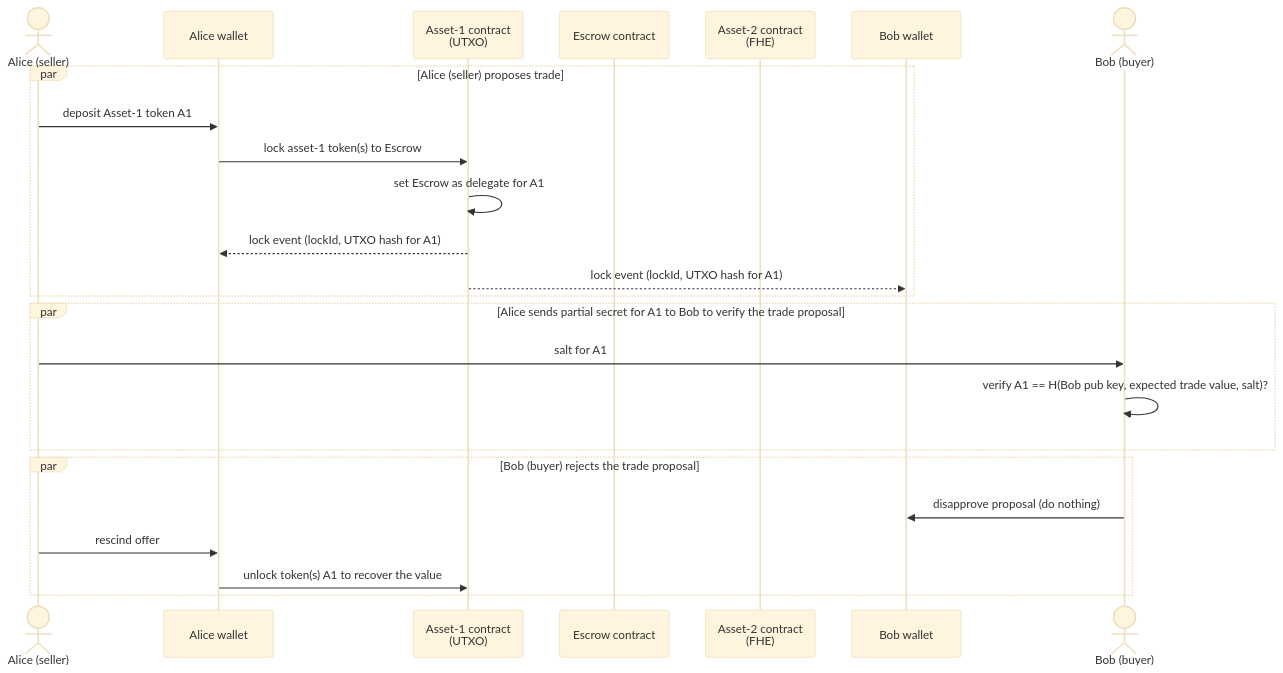
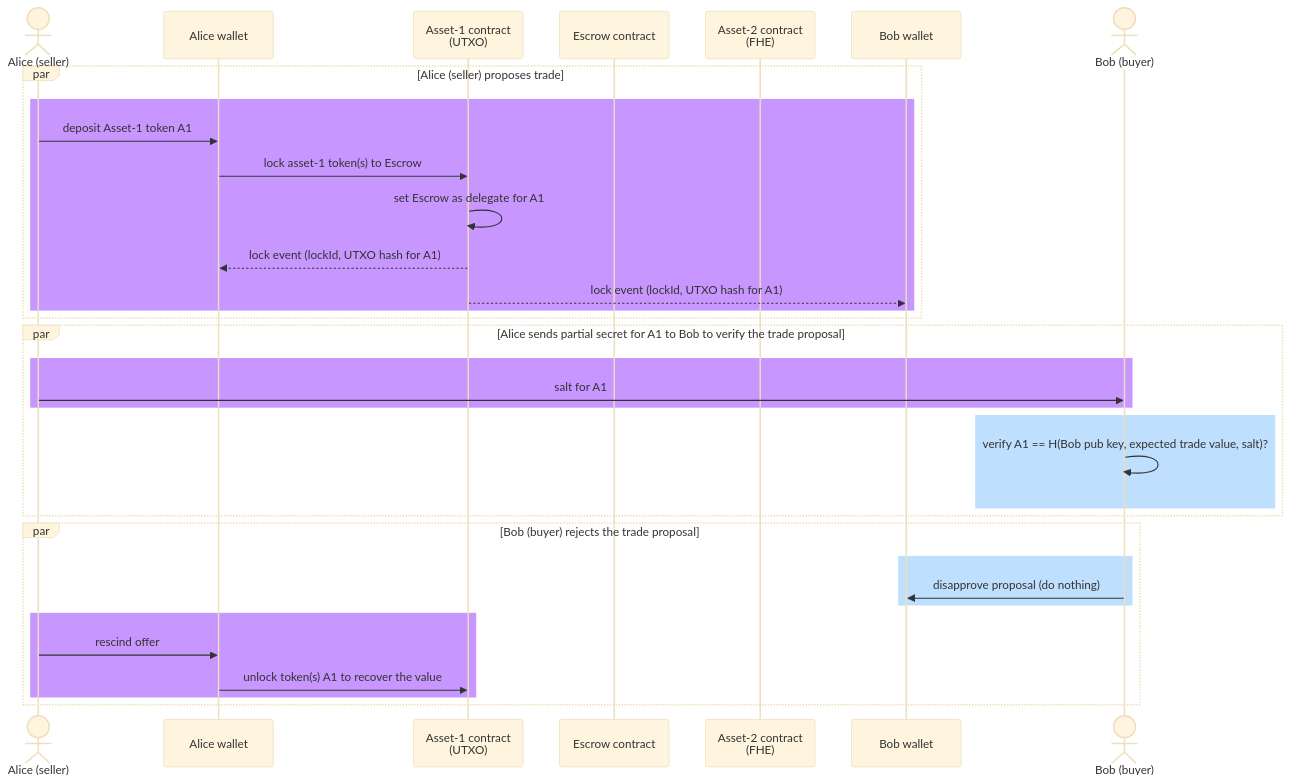
Before and after one commit to kaleido-io/pet-dvp: the second of 3 diagrams in README.md, drawn with Mermaid (base theme). The commit also changed other lines of this file, not shown here.

Commit message:
complete background colors

````diff
--- a/README.md
+++ b/README.md
@@ -84,26 +84,36 @@
 ```mermaid
 sequenceDiagram
   actor A as Alice (seller)
   participant Aw as Alice wallet
   participant A1 as Asset-1 contract<br>(UTXO)
   participant Escrow contract
   participant A2 as Asset-2 contract<br>(FHE)
   participant Bw as Bob wallet
   actor B as Bob (buyer)
   par Alice (seller) proposes trade
+  rect rgb(200, 150, 255)
     A->>Aw: deposit Asset-1 token A1
     Aw->>A1: lock asset-1 token(s) to Escrow
     A1->>A1: set Escrow as delegate for A1
     A1-->>Aw: lock event (lockId, UTXO hash for A1)
     A1-->>Bw: lock event (lockId, UTXO hash for A1)
   end
+  end
   par Alice sends partial secret for A1 to Bob to verify the trade proposal
+    rect rgb(200, 150, 255)
     A->>B: salt for A1
+    end
+    rect rgb(191, 223, 255)
     B->>B: verify A1 == H(Bob pub key, expected trade value, salt)?
+    end
   end
   par Bob (buyer) rejects the trade proposal
+  rect rgb(191, 223, 255)
     B->>Bw: disapprove proposal (do nothing)
+  end
+  rect rgb(200, 150, 255)
     A->>Aw: rescind offer
     Aw->>A1: unlock token(s) A1 to recover the value
   end
+  end
 ```
````
